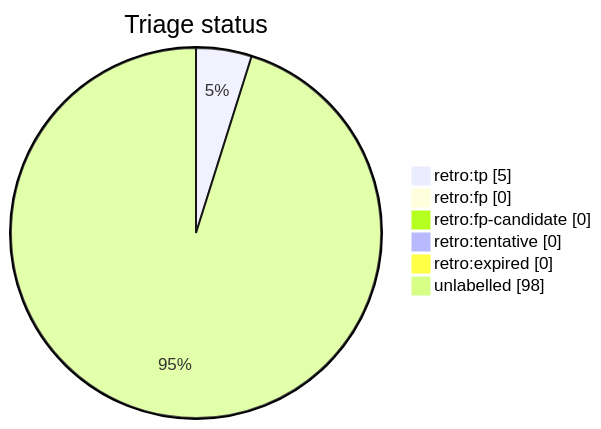
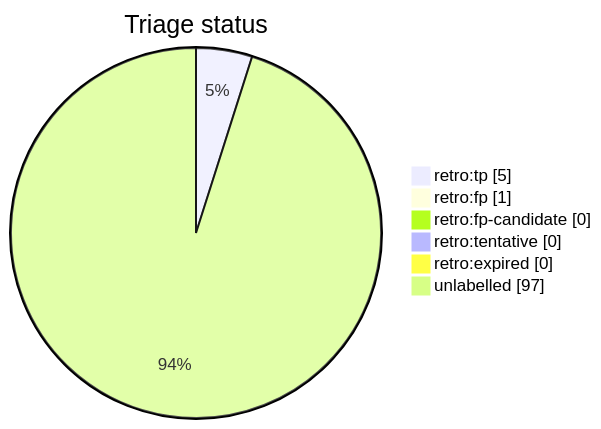
Before and after one commit to tvna/claude-md: the diagram in docs/generated/scripts/auto-retro-triage-report.md, drawn with Mermaid. The commit also changed other lines of this file, not shown here.

First line of the commit message:
chore(auto-retro): refresh triage report (#2514)

````diff
--- a/docs/generated/scripts/auto-retro-triage-report.md
+++ b/docs/generated/scripts/auto-retro-triage-report.md
@@ -20,10 +20,10 @@
 ```mermaid
 pie showData
     title Triage status
     "retro:tp" : 5
-    "retro:fp" : 0
+    "retro:fp" : 1
     "retro:fp-candidate" : 0
     "retro:tentative" : 0
     "retro:expired" : 0
-    "unlabelled" : 98
+    "unlabelled" : 97
 ```
````
